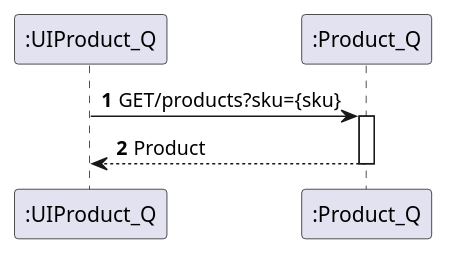
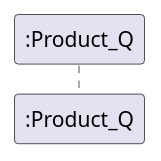
One commit to 1201441BrunoPereira/Trabalho2Products changed the diagram in Product1_Q/Diagramas/N2/GetBySKU.puml. Above: the diagram before and after it, drawn with PlantUML. The commit also changed 10 other files, not shown here.

Commit message:
Atualização diagramas

```diff
--- a/Product1_Q/Diagramas/N2/GetBySKU.puml
+++ b/Product1_Q/Diagramas/N2/GetBySKU.puml
@@ -1,13 +1,10 @@
 @startuml
 'https://plantuml.com/sequence-diagram
 
 autoactivate on
 autonumber
 
-participant ":UIProduct_Q" as pro
-participant ":Product_Q" as pro1
+participant ":Product_Q" as pro
 
-pro -> pro1: GET/products?sku={sku}
-pro1 --> pro: Product
 
 @enduml
```
